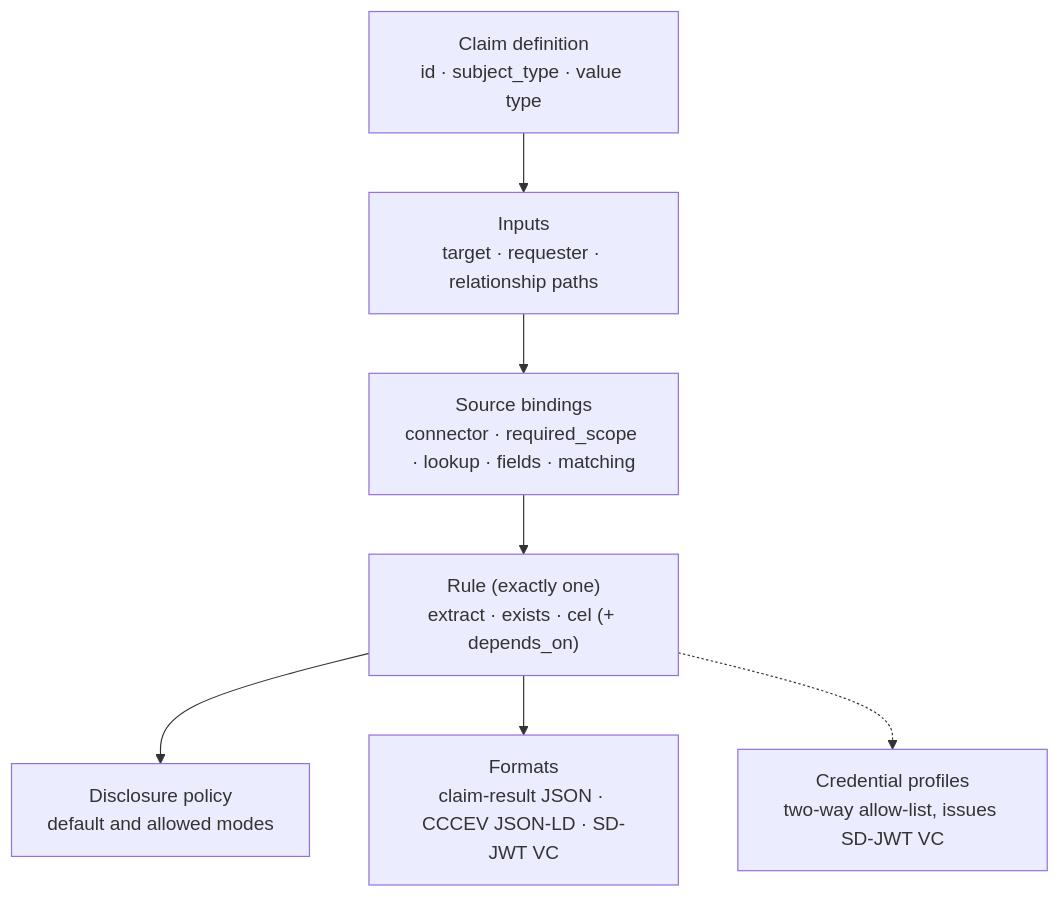
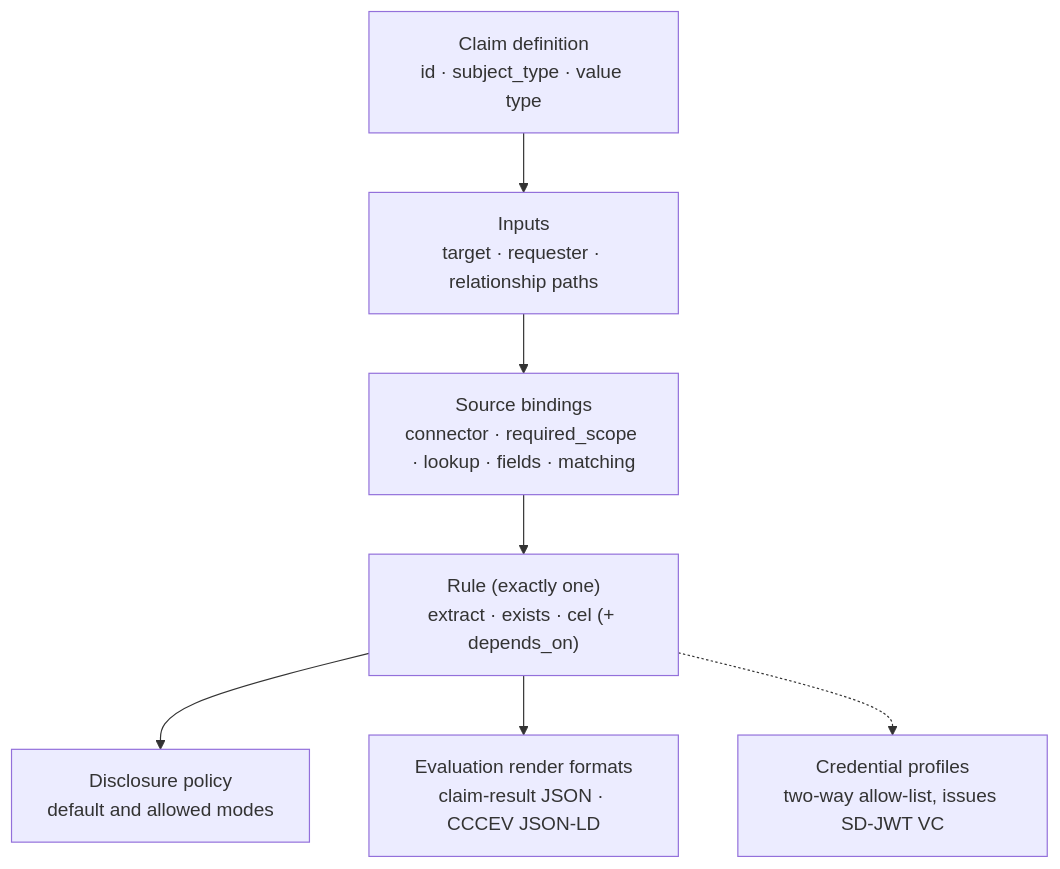
One commit to registrystack/registry-stack changed the diagram in imports/registry-docs/src/content/docs/spec/rs-dm-claim.mdx. Above: the diagram before and after it, drawn with Mermaid. The commit also changed other lines of this file and 30 other files, not shown here.

````diff
--- a/imports/registry-docs/src/content/docs/spec/rs-dm-claim.mdx
+++ b/imports/registry-docs/src/content/docs/spec/rs-dm-claim.mdx
@@ -66,14 +66,14 @@
 ```mermaid
 flowchart TD
     claim["Claim definition<br/>id · subject_type · value type"]
     inputs["Inputs<br/>target · requester · relationship paths"]
     bindings["Source bindings<br/>connector · required_scope · lookup · fields · matching"]
     rule["Rule (exactly one)<br/>extract · exists · cel (+ depends_on)"]
     disclosure["Disclosure policy<br/>default and allowed modes"]
-    formats["Formats<br/>claim-result JSON · CCCEV JSON-LD · SD-JWT VC"]
+    formats["Evaluation render formats<br/>claim-result JSON · CCCEV JSON-LD"]
     creds["Credential profiles<br/>two-way allow-list, issues SD-JWT VC"]
     claim --> inputs --> bindings --> rule
     rule --> disclosure
     rule --> formats
     rule -.-> creds
 ```
````
